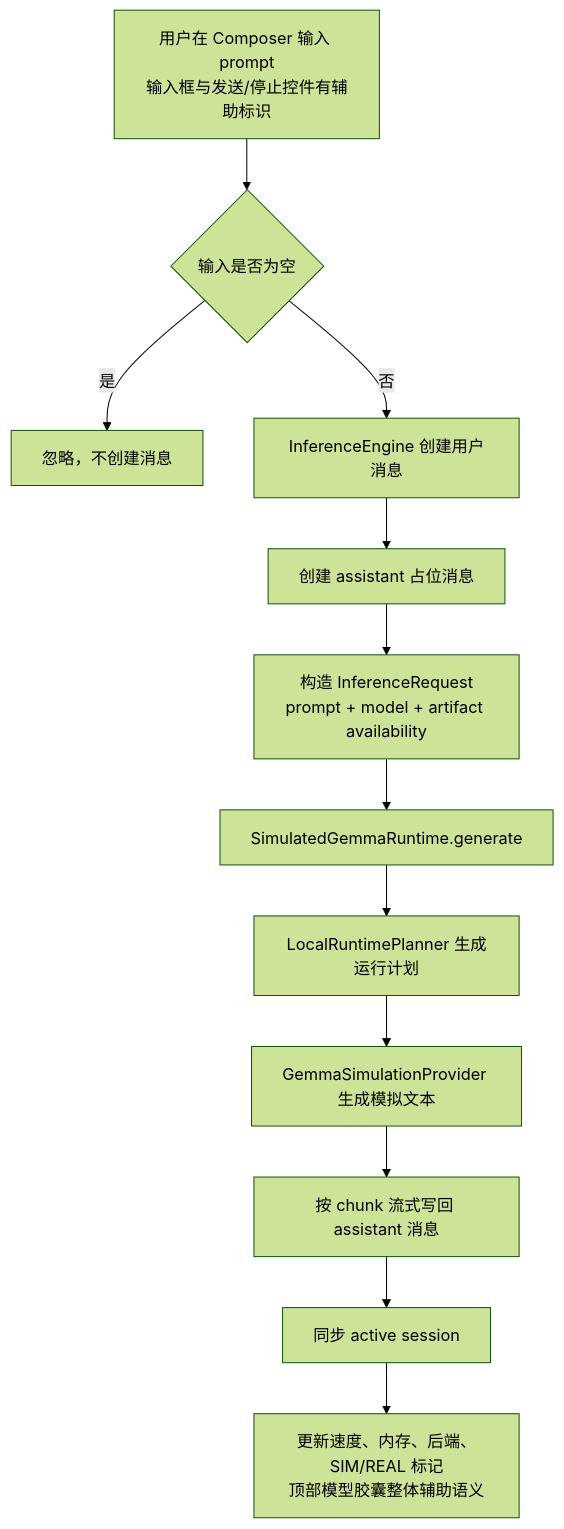
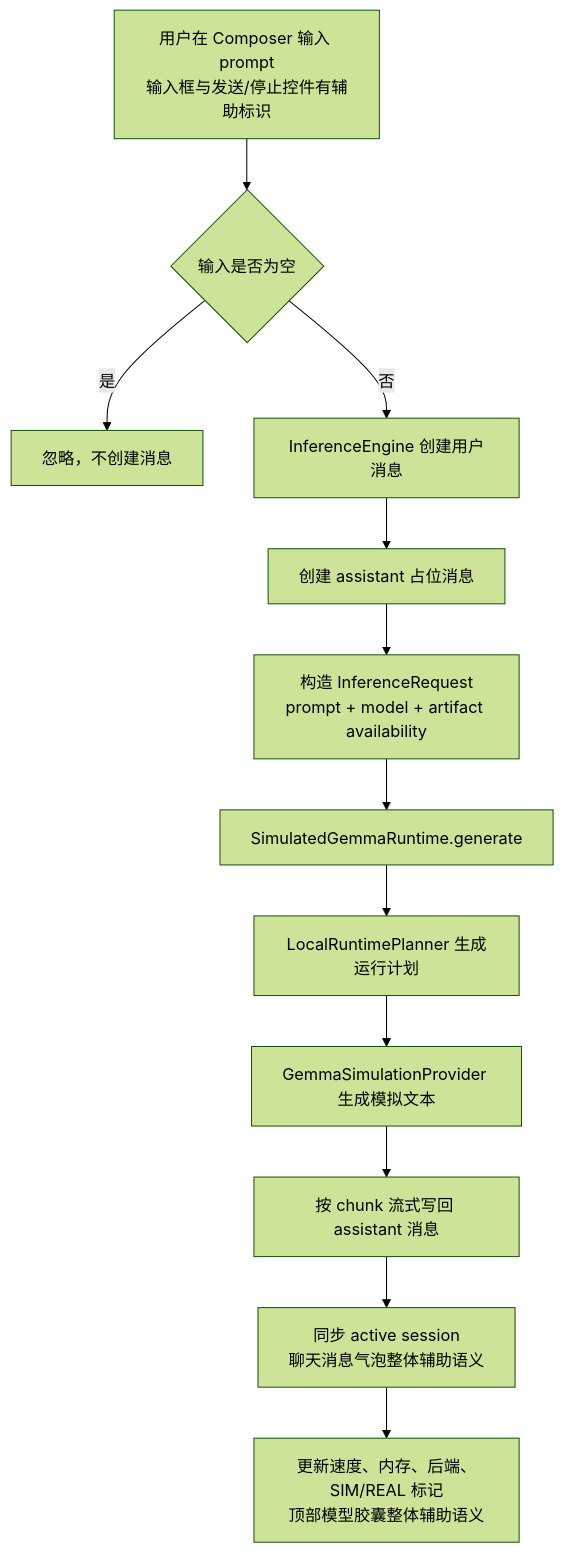
Before and after one commit to Altman-sam114/113: the third of 9 diagrams in md/flow/flowchart.md, drawn with Mermaid (forest theme). The commit also changed other lines of this file and 8 other files, not shown here.

````diff
--- a/md/flow/flowchart.md
+++ b/md/flow/flowchart.md
@@ -49,14 +49,14 @@
 ```mermaid
 flowchart TD
     A[用户在 Composer 输入 prompt<br/>输入框与发送/停止控件有辅助标识] --> B{输入是否为空}
     B -- 是 --> C[忽略，不创建消息]
     B -- 否 --> D[InferenceEngine 创建用户消息]
     D --> E[创建 assistant 占位消息]
     E --> F[构造 InferenceRequest<br/>prompt + model + artifact availability]
     F --> G[SimulatedGemmaRuntime.generate]
     G --> H[LocalRuntimePlanner 生成运行计划]
     H --> I[GemmaSimulationProvider 生成模拟文本]
     I --> J[按 chunk 流式写回 assistant 消息]
-    J --> K[同步 active session]
+    J --> K[同步 active session<br/>聊天消息气泡整体辅助语义]
     K --> L[更新速度、内存、后端、SIM/REAL 标记<br/>顶部模型胶囊整体辅助语义]
 ```
````
